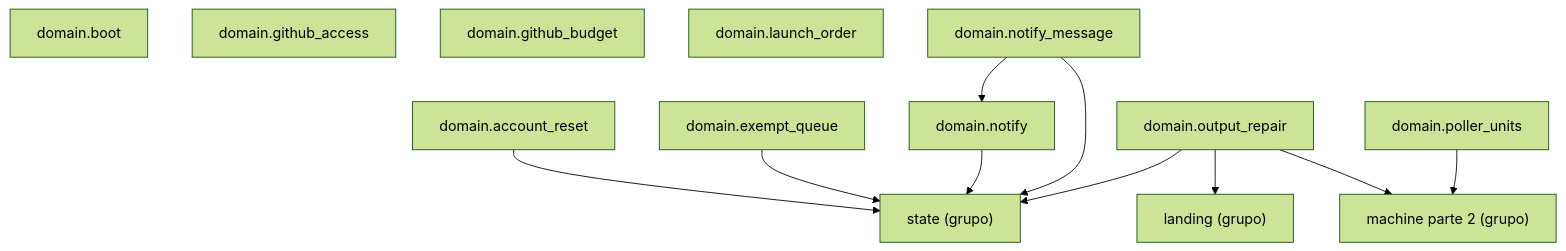
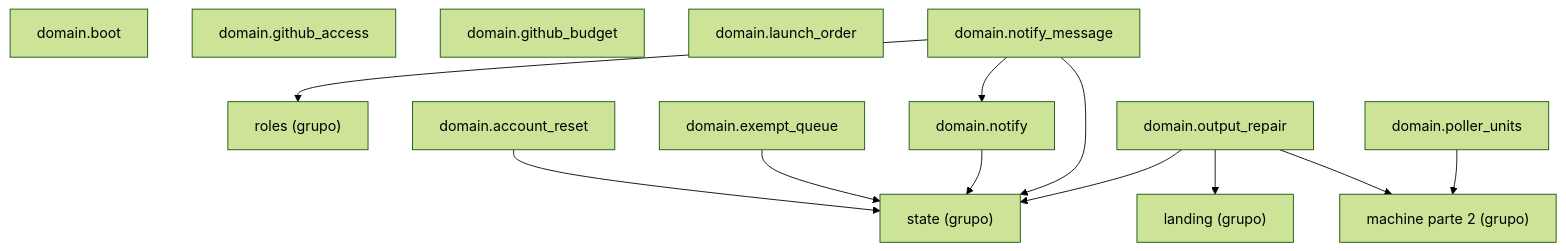
The diagram in docs/architecture/generated/packages-process-domain-machine-1.md (GonzaloZevallos/agentic-system), drawn with Mermaid (forest theme) before and after one commit. The commit also changed 31 other files, not shown here.

Commit message:
Regenerate the class docs after digest_message joined notify_message

````diff
--- a/docs/architecture/generated/packages-process-domain-machine-1.md
+++ b/docs/architecture/generated/packages-process-domain-machine-1.md
@@ -13,25 +13,27 @@
 ```mermaid
 graph TD
     g_domain__landing["landing (grupo)"]
     g_domain__machine__2["machine parte 2 (grupo)"]
+    g_domain__roles["roles (grupo)"]
     g_domain__state["state (grupo)"]
     m_domain__account_reset["domain.account_reset"]
     m_domain__boot["domain.boot"]
     m_domain__exempt_queue["domain.exempt_queue"]
     m_domain__github_access["domain.github_access"]
     m_domain__github_budget["domain.github_budget"]
     m_domain__launch_order["domain.launch_order"]
     m_domain__notify["domain.notify"]
     m_domain__notify_message["domain.notify_message"]
     m_domain__output_repair["domain.output_repair"]
     m_domain__poller_units["domain.poller_units"]
     m_domain__account_reset --> g_domain__state
     m_domain__exempt_queue --> g_domain__state
     m_domain__notify --> g_domain__state
+    m_domain__notify_message --> g_domain__roles
     m_domain__notify_message --> g_domain__state
     m_domain__notify_message --> m_domain__notify
     m_domain__output_repair --> g_domain__landing
     m_domain__output_repair --> g_domain__machine__2
     m_domain__output_repair --> g_domain__state
     m_domain__poller_units --> g_domain__machine__2
 ```
````
